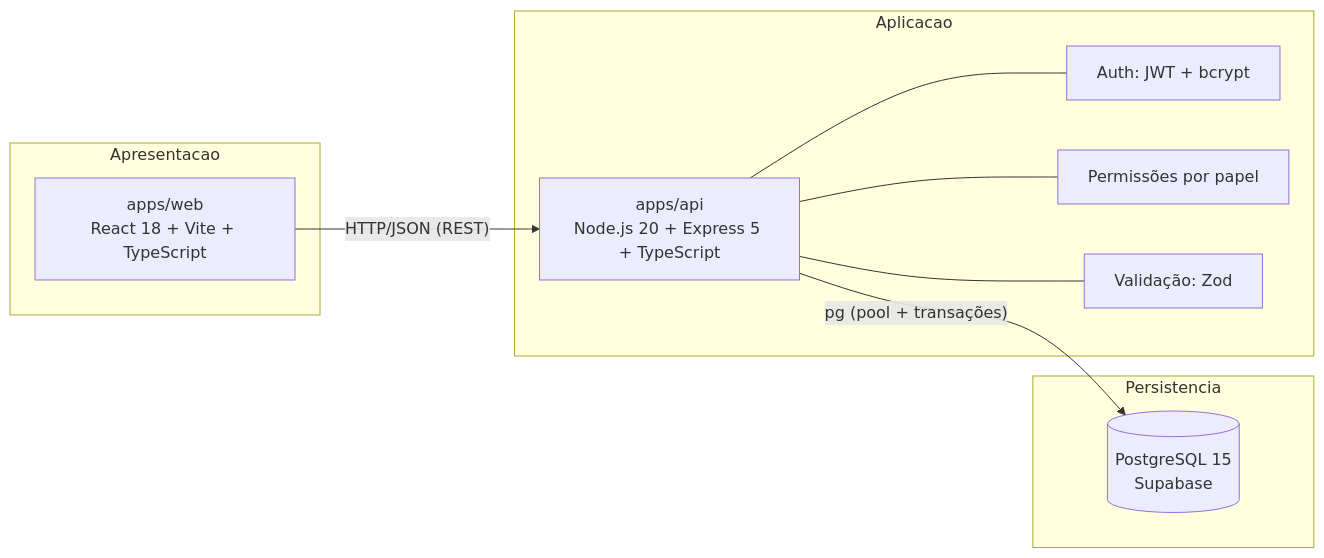
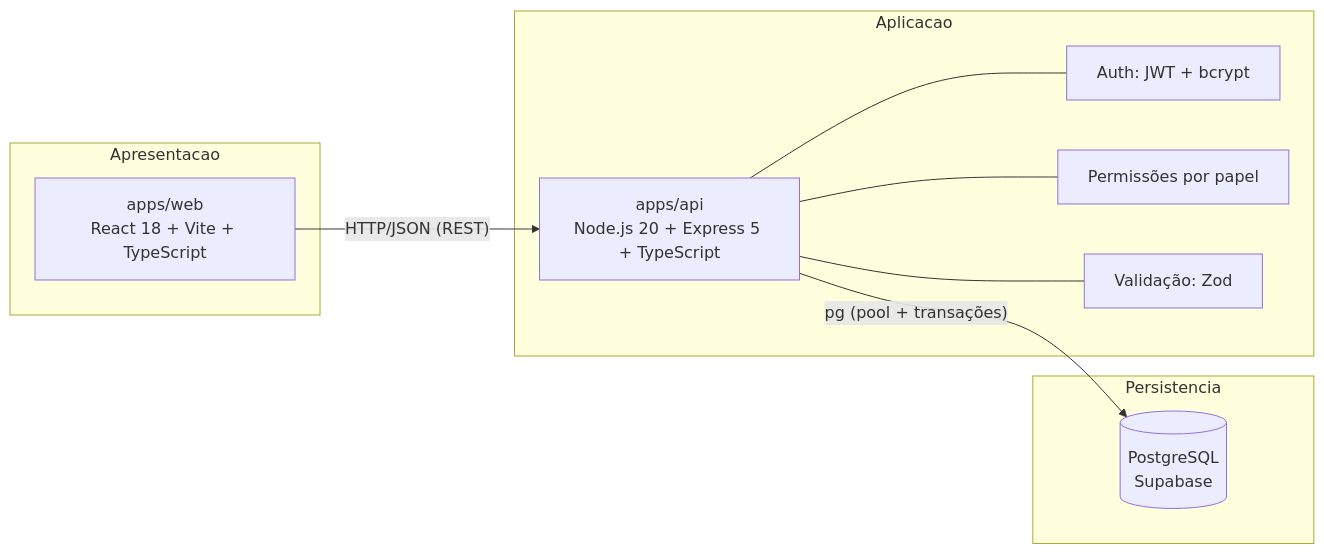
Before and after one commit to Origenes-System-Develop/polar: the second of 2 diagrams in README.md, drawn with Mermaid. The commit also changed other lines of this file and 15 other files, not shown here.

````diff
--- a/README.md
+++ b/README.md
@@ -59,20 +157,20 @@
 ```mermaid
 flowchart LR
     subgraph Apresentacao
         WEB["apps/web<br/>React 18 + Vite + TypeScript"]
     end
     subgraph Aplicacao
         API["apps/api<br/>Node.js 20 + Express 5 + TypeScript"]
         AUTH["Auth: JWT + bcrypt"]
         RBAC["Permissões por papel"]
         VAL["Validação: Zod"]
     end
     subgraph Persistencia
-        PG[("PostgreSQL 15<br/>Supabase")]
+        PG[("PostgreSQL<br/>Supabase")]
     end
     WEB -- "HTTP/JSON (REST)" --> API
     API --- AUTH
     API --- RBAC
     API --- VAL
     API -- "pg (pool + transações)" --> PG
 ```
````
